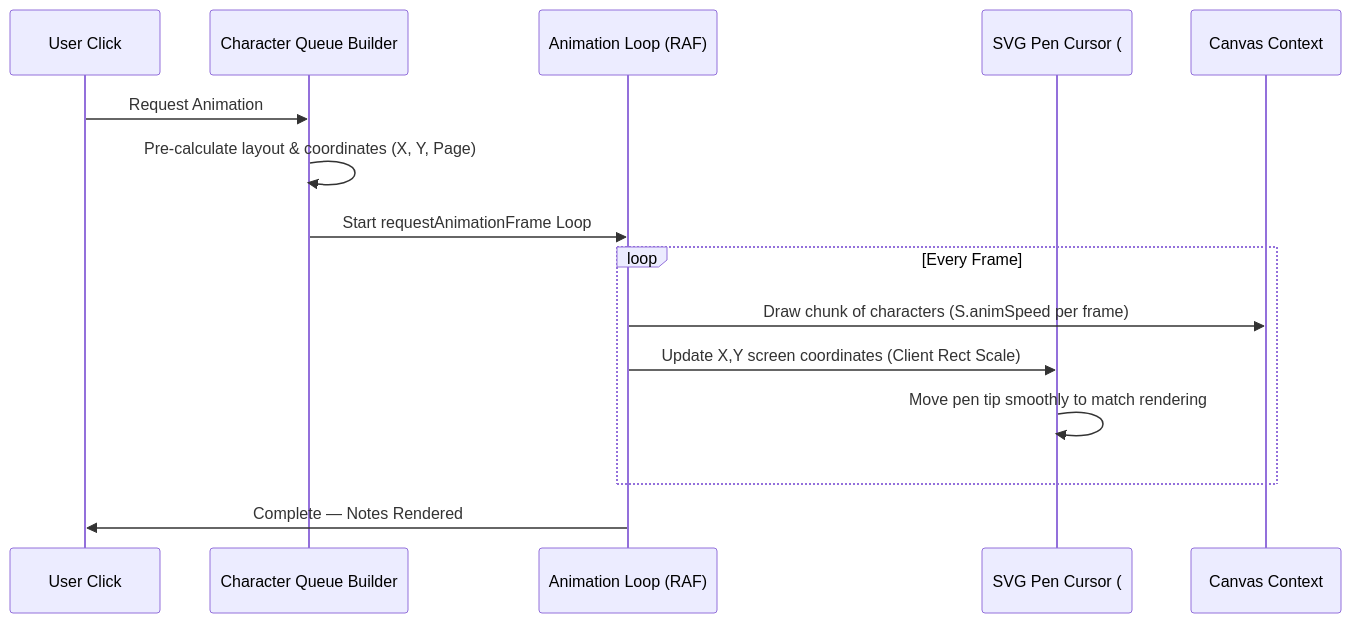
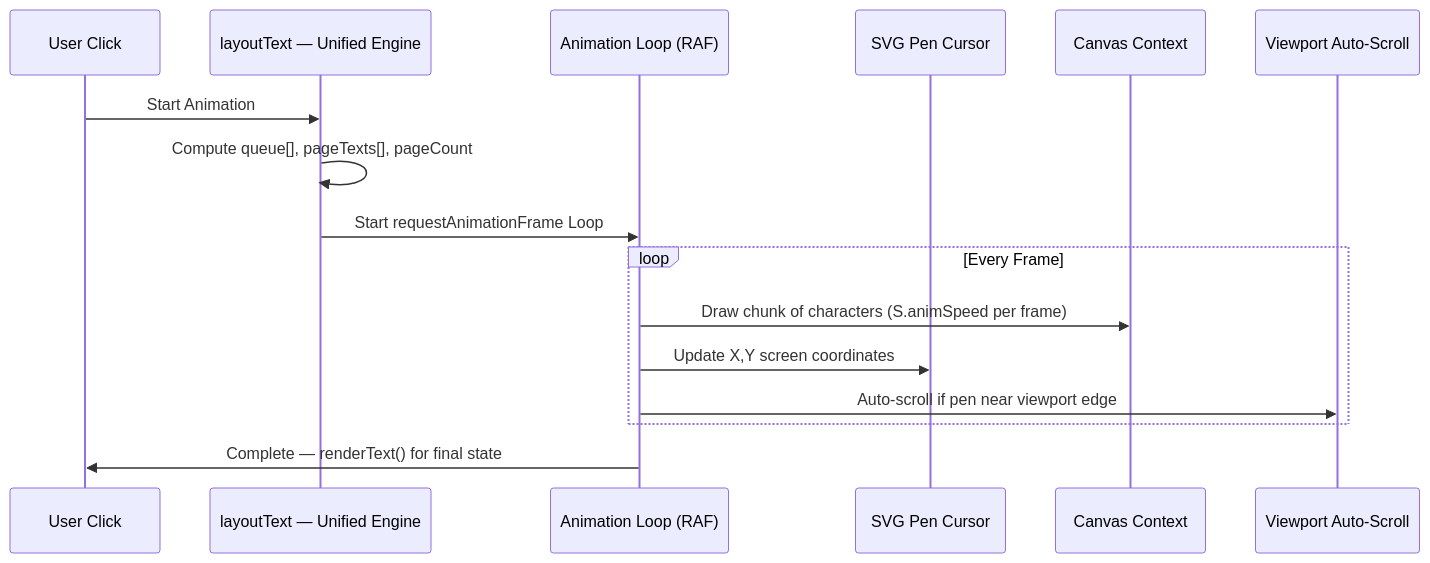
One commit to VIPHACKER100/Inkflow changed the first of 2 diagrams in docs/animation-engine.md. Above: the diagram before and after it, drawn with Mermaid. The commit also changed other lines of this file and 13 other files, not shown here.

````diff
--- a/docs/animation-engine.md
+++ b/docs/animation-engine.md
@@ -15,18 +17,19 @@
 ```mermaid
 sequenceDiagram
     participant User as User Click
-    participant Queue as Character Queue Builder
+    participant Layout as layoutText — Unified Engine
     participant Draw as Animation Loop (RAF)
-    participant Pen as SVG Pen Cursor (#pen-cursor)
+    participant Pen as SVG Pen Cursor
     participant Page as Canvas Context
+    participant Scroll as Viewport Auto-Scroll
 
-    User->>Queue: Request Animation
-    Queue->>Queue: Pre-calculate layout & coordinates (X, Y, Page)
-    Queue->>Draw: Start requestAnimationFrame Loop
+    User->>Layout: Start Animation
+    Layout->>Layout: Compute queue[], pageTexts[], pageCount
+    Layout->>Draw: Start requestAnimationFrame Loop
     loop Every Frame
         Draw->>Page: Draw chunk of characters (S.animSpeed per frame)
-        Draw->>Pen: Update X,Y screen coordinates (Client Rect Scale)
-        Pen->>Pen: Move pen tip smoothly to match rendering
+        Draw->>Pen: Update X,Y screen coordinates
+        Draw->>Scroll: Auto-scroll if pen near viewport edge
     end
-    Draw->>User: Complete — Notes Rendered
+    Draw->>User: Complete — renderText() for final state
 ```
````
